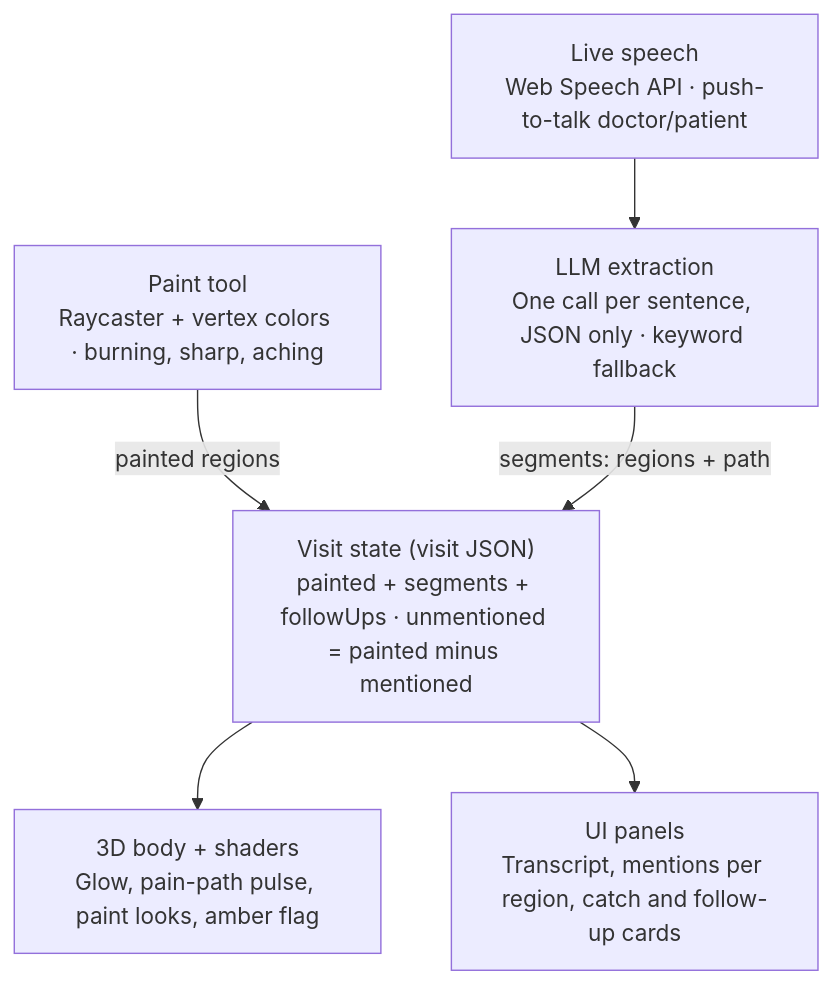
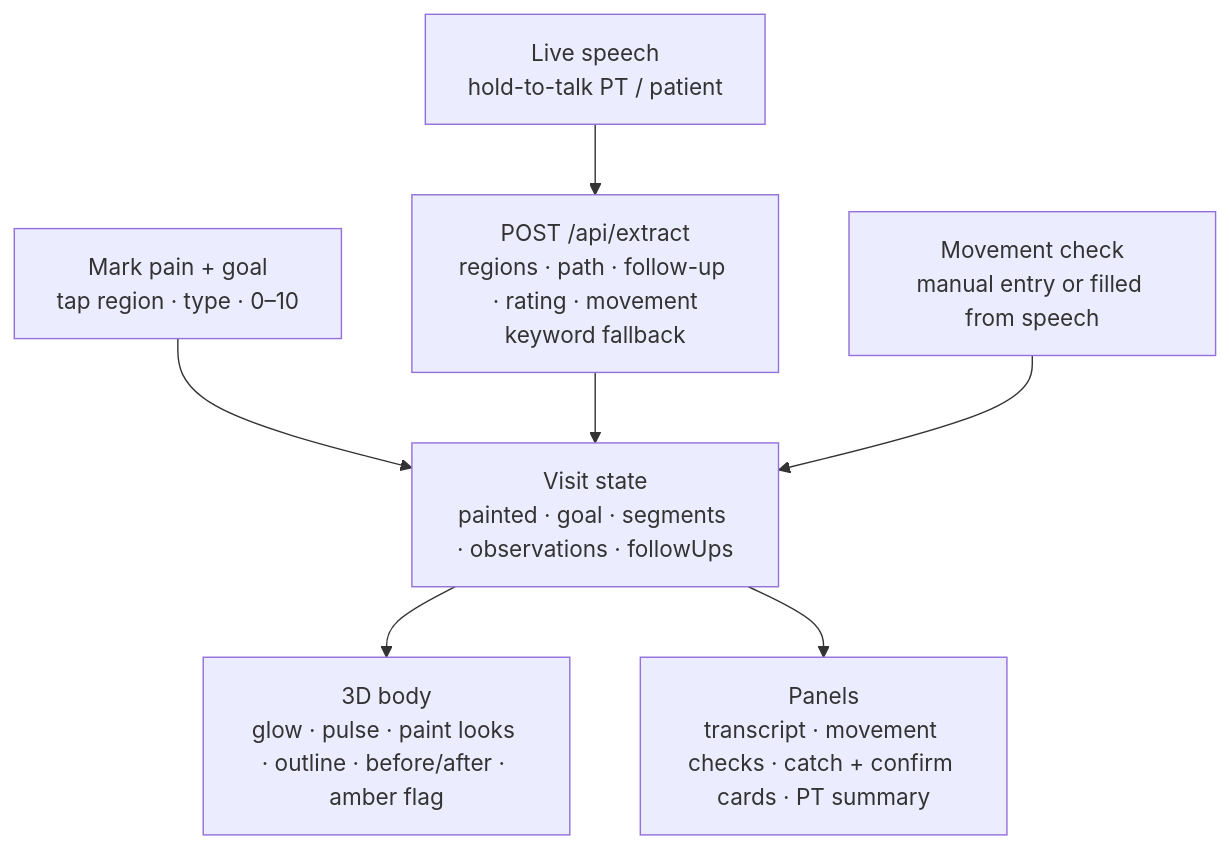
One commit to akashshetty1997/WhereItHurts changed the diagram in docs/PLAN.md. Above: the diagram before and after it, drawn with Mermaid. The commit also changed other lines of this file, not shown here.

Commit message:
Plan v2: focus on physical therapy, add movement check, goal and PT summary

````diff
--- a/docs/PLAN.md
+++ b/docs/PLAN.md
@@ -112,8 +126,9 @@
 ```mermaid
 flowchart TD
-  P["Paint tool<br/>Raycaster + vertex colors · burning, sharp, aching"] -->|painted regions| S
-  V["Live speech<br/>Web Speech API · push-to-talk doctor/patient"] --> L["LLM extraction<br/>One call per sentence, JSON only · keyword fallback"]
-  L -->|segments: regions + path| S["Visit state (visit JSON)<br/>painted + segments + followUps · unmentioned = painted minus mentioned"]
-  S --> B["3D body + shaders<br/>Glow, pain-path pulse, paint looks, amber flag"]
-  S --> U["UI panels<br/>Transcript, mentions per region, catch and follow-up cards"]
+  P["Mark pain + goal<br/>tap region · type · 0–10"] --> S
+  V["Live speech<br/>hold-to-talk PT / patient"] --> L["POST /api/extract<br/>regions · path · follow-up · rating · movement<br/>keyword fallback"]
+  L --> S["Visit state<br/>painted · goal · segments · observations · followUps"]
+  M["Movement check<br/>manual entry or filled from speech"] --> S
+  S --> B["3D body<br/>glow · pulse · paint looks · outline · before/after · amber flag"]
+  S --> U["Panels<br/>transcript · movement checks · catch + confirm cards · PT summary"]
 ```
````
